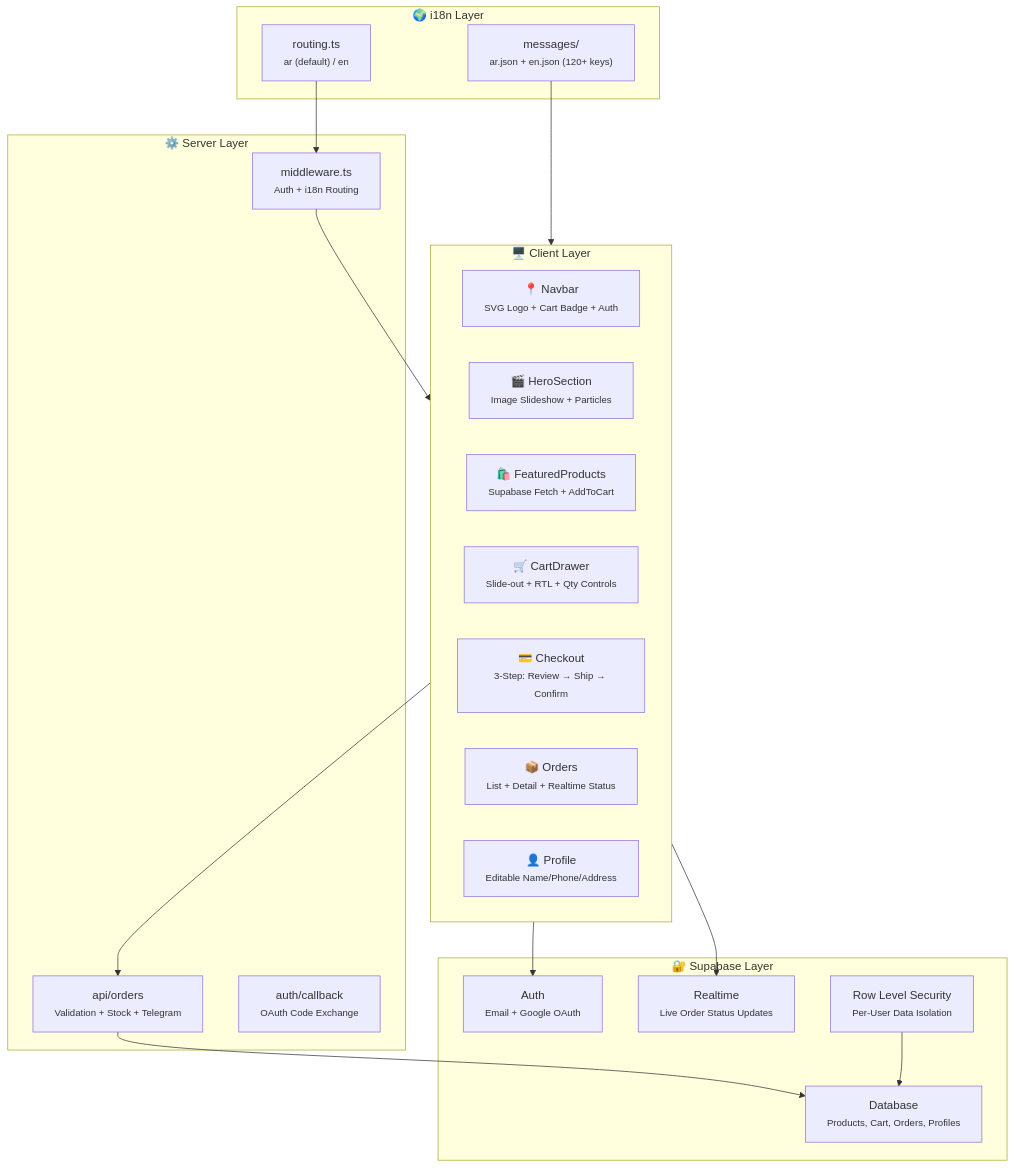
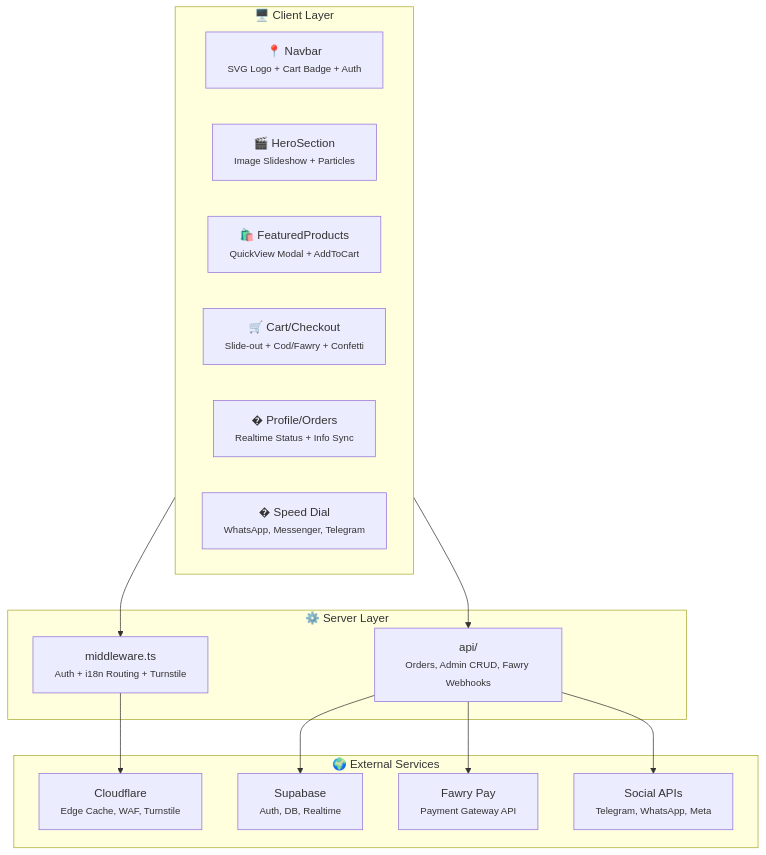
Before and after one commit to Moeabdelaziz007/WideWear: the diagram in README.md, drawn with Mermaid. The commit also changed other lines of this file, not shown here.

Commit message:
docs(readme): update features and architecture for phase D

````diff
--- a/README.md
+++ b/README.md
@@ -111,40 +113,31 @@
 ```mermaid
 graph TB
     subgraph Client["🖥️ Client Layer"]
         direction LR
         Navbar["📍 Navbar<br/><small>SVG Logo + Cart Badge + Auth</small>"]
         Hero["🎬 HeroSection<br/><small>Image Slideshow + Particles</small>"]
-        Products["🛍️ FeaturedProducts<br/><small>Supabase Fetch + AddToCart</small>"]
-        CartDrawer["🛒 CartDrawer<br/><small>Slide-out + RTL + Qty Controls</small>"]
-        Checkout["💳 Checkout<br/><small>3-Step: Review → Ship → Confirm</small>"]
-        Orders["📦 Orders<br/><small>List + Detail + Realtime Status</small>"]
-        Profile["👤 Profile<br/><small>Editable Name/Phone/Address</small>"]
+        Products["🛍️ FeaturedProducts<br/><small>QuickView Modal + AddToCart</small>"]
+        Cart["🛒 Cart/Checkout<br/><small>Slide-out + Cod/Fawry + Confetti</small>"]
+        Profile["� Profile/Orders<br/><small>Realtime Status + Info Sync</small>"]
+        Support["� Speed Dial<br/><small>WhatsApp, Messenger, Telegram</small>"]
     end
 
     subgraph Server["⚙️ Server Layer"]
-        Middleware["middleware.ts<br/><small>Auth + i18n Routing</small>"]
-        OrderAPI["api/orders<br/><small>Validation + Stock + Telegram</small>"]
-        AuthCallback["auth/callback<br/><small>OAuth Code Exchange</small>"]
+        Middleware["middleware.ts<br/><small>Auth + i18n Routing + Turnstile</small>"]
+        API["api/<br/><small>Orders, Admin CRUD, Fawry Webhooks</small>"]
     end
 
-    subgraph Supabase["🔐 Supabase Layer"]
-        Auth["Auth<br/><small>Email + Google OAuth</small>"]
-        DB["Database<br/><small>Products, Cart, Orders, Profiles</small>"]
-        Realtime["Realtime<br/><small>Live Order Status Updates</small>"]
-        RLS["Row Level Security<br/><small>Per-User Data Isolation</small>"]
+    subgraph External["🌍 External Services"]
+        Supabase["Supabase<br/><small>Auth, DB, Realtime</small>"]
+        Fawry["Fawry Pay<br/><small>Payment Gateway API</small>"]
+        Cloudflare["Cloudflare<br/><small>Edge Cache, WAF, Turnstile</small>"]
+        Social["Social APIs<br/><small>Telegram, WhatsApp, Meta</small>"]
     end
 
-    subgraph i18n["🌍 i18n Layer"]
-        Routing["routing.ts<br/><small>ar (default) / en</small>"]
-        Messages["messages/<br/><small>ar.json + en.json (120+ keys)</small>"]
-    end
-
-    Middleware --> Client
-    Client --> OrderAPI
-    OrderAPI --> DB
-    Client --> Auth
-    Client --> Realtime
-    Routing --> Middleware
-    Messages --> Client
-    RLS --> DB
+    Client --> Middleware
+    Client --> API
+    API --> Supabase
+    API --> Fawry
+    API --> Social
+    Middleware --> Cloudflare
 ```
````
